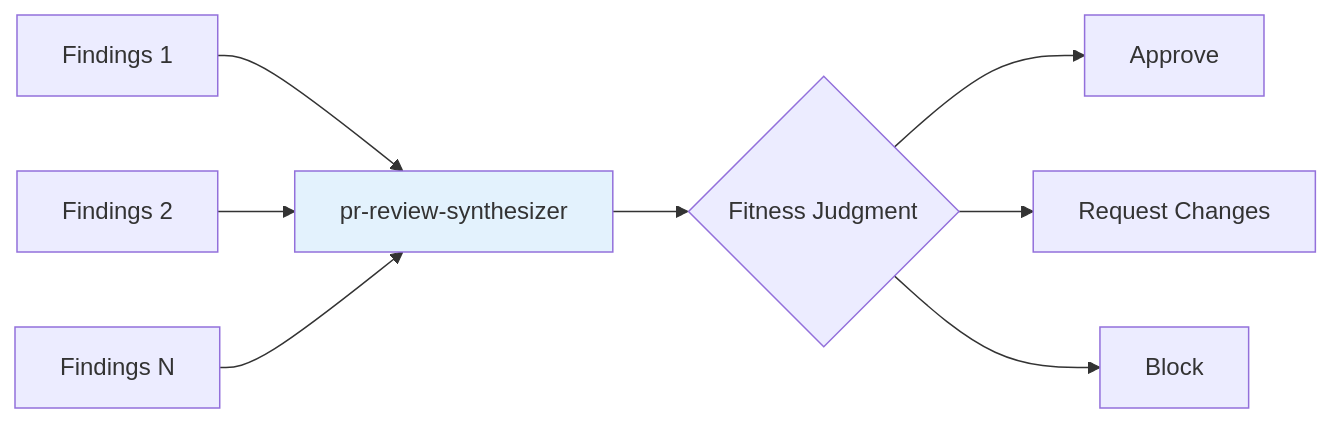
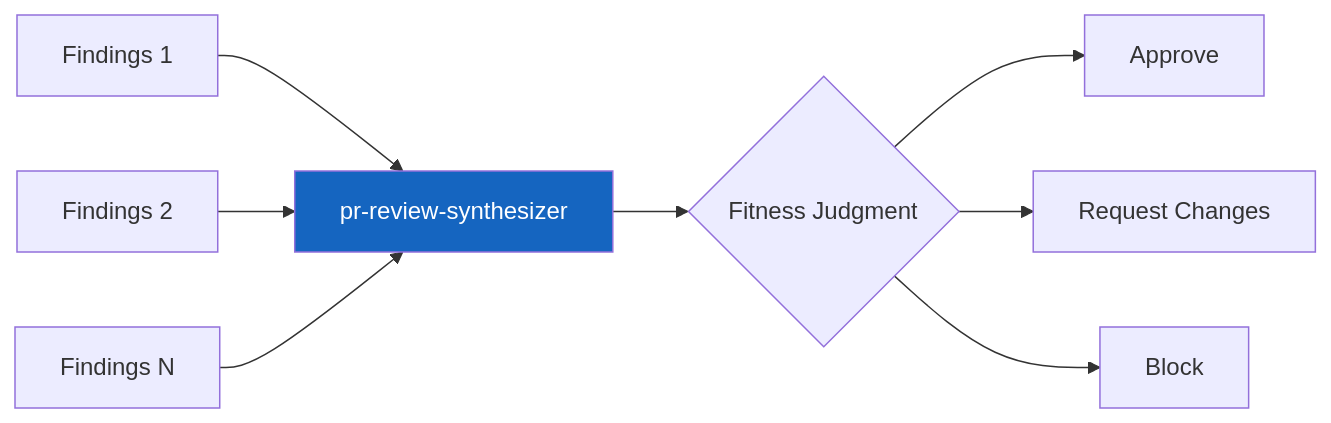
One commit to rp1-run/rp1 changed the sixth of 6 diagrams in docs/concepts/map-reduce-workflows.md. Above: the diagram before and after it, drawn with Mermaid. The commit also changed other lines of this file and 17 other files, not shown here.

````diff
--- a/docs/concepts/map-reduce-workflows.md
+++ b/docs/concepts/map-reduce-workflows.md
@@ -181,14 +181,14 @@
 ```mermaid
 flowchart LR
     F1[Findings 1] --> Synth[pr-review-synthesizer]
     F2[Findings 2] --> Synth
     F3[Findings N] --> Synth
 
     Synth --> Judgment{Fitness Judgment}
 
     Judgment --> Approve[Approve]
     Judgment --> Changes[Request Changes]
     Judgment --> Block[Block]
 
-    style Synth fill:#e3f2fd
+    style Synth fill:#1565c0,color:#fff
 ```
````
